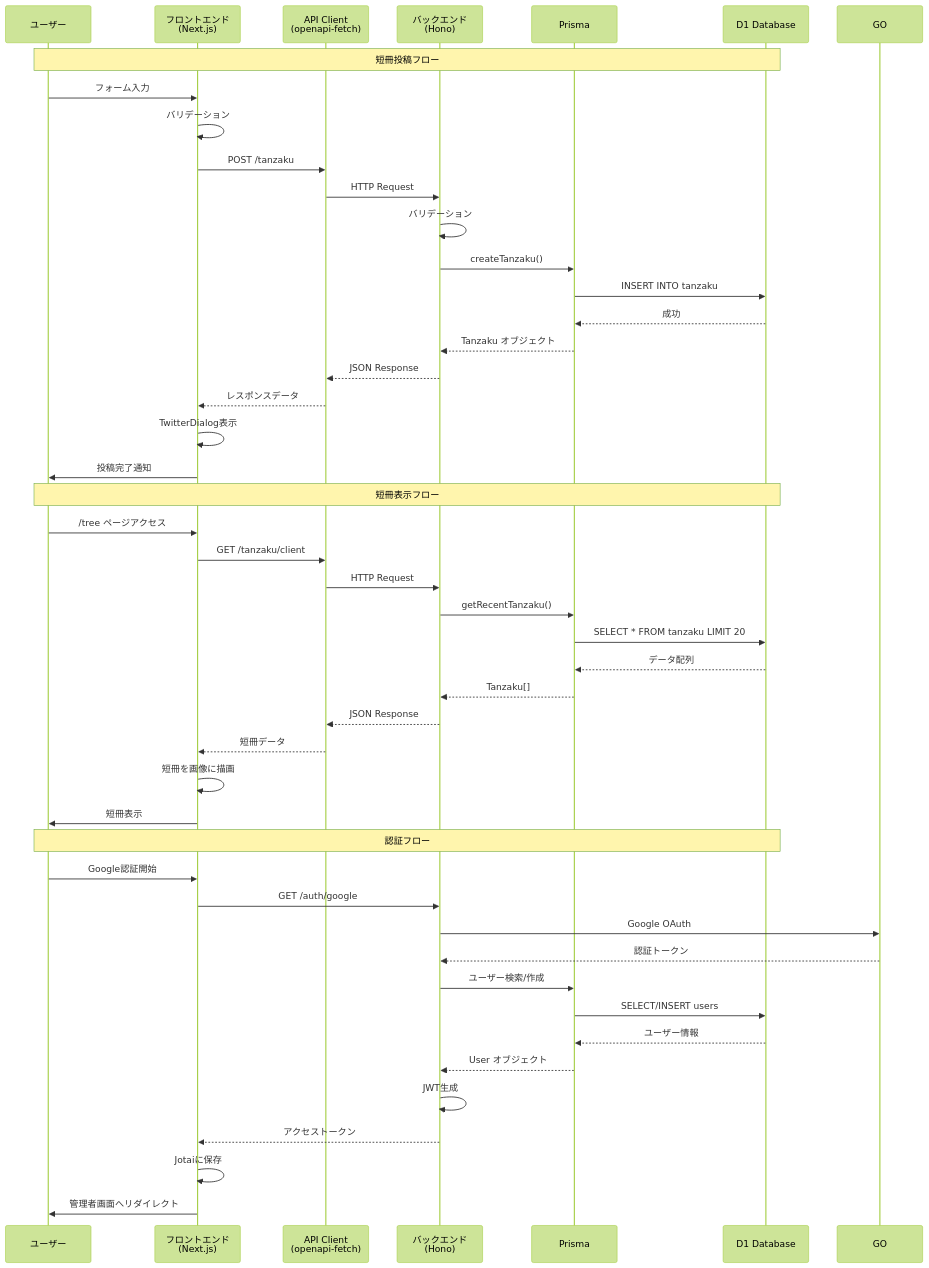
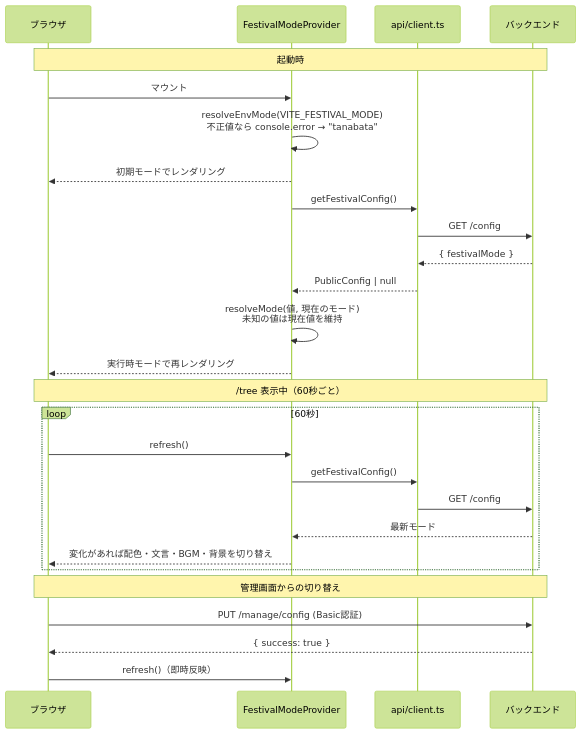
Before and after one commit to itl-marubu/tanzaku-frontend-v2: the third of 7 diagrams in architecture.md, drawn with Mermaid (forest theme). The commit also changed other lines of this file and 1 other file, not shown here.

First line of the commit message:
docs: READMEと構成図を現在のmain実装に合わせて更新

````diff
--- a/architecture.md
+++ b/architecture.md
@@ -263,51 +210,32 @@
 ```mermaid
 sequenceDiagram
-    participant U as ユーザー
-    participant F as フロントエンド<br/>(Next.js)
-    participant API as API Client<br/>(openapi-fetch)
-    participant B as バックエンド<br/>(Hono)
-    participant P as Prisma
-    participant D as D1 Database
+    participant B as ブラウザ
+    participant P as FestivalModeProvider
+    participant API as api/client.ts
+    participant S as バックエンド
 
-    Note over U,D: 短冊投稿フロー
-    U->>F: フォーム入力
-    F->>F: バリデーション
-    F->>API: POST /tanzaku
-    API->>B: HTTP Request
-    B->>B: バリデーション
-    B->>P: createTanzaku()
-    P->>D: INSERT INTO tanzaku
-    D-->>P: 成功
-    P-->>B: Tanzaku オブジェクト
-    B-->>API: JSON Response
-    API-->>F: レスポンスデータ
-    F->>F: TwitterDialog表示
-    F->>U: 投稿完了通知
+    Note over B,S: 起動時
+    B->>P: マウント
+    P->>P: resolveEnvMode(VITE_FESTIVAL_MODE)<br/>不正値なら console.error → "tanabata"
+    P-->>B: 初期モードでレンダリング
+    P->>API: getFestivalConfig()
+    API->>S: GET /config
+    S-->>API: { festivalMode }
+    API-->>P: PublicConfig | null
+    P->>P: resolveMode(値, 現在のモード)<br/>未知の値は現在値を維持
+    P-->>B: 実行時モードで再レンダリング
 
-    Note over U,D: 短冊表示フロー
-    U->>F: /tree ページアクセス
-    F->>API: GET /tanzaku/client
-    API->>B: HTTP Request
-    B->>P: getRecentTanzaku()
-    P->>D: SELECT * FROM tanzaku LIMIT 20
-    D-->>P: データ配列
-    P-->>B: Tanzaku[]
-    B-->>API: JSON Response
-    API-->>F: 短冊データ
-    F->>F: 短冊を画像に描画
-    F->>U: 短冊表示
+    Note over B,S: /tree 表示中（60秒ごと）
+    loop 60秒
+        B->>P: refresh()
+        P->>API: getFestivalConfig()
+        API->>S: GET /config
+        S-->>P: 最新モード
+        P-->>B: 変化があれば配色・文言・BGM・背景を切り替え
+    end
 
-    Note over U,D: 認証フロー
-    U->>F: Google認証開始
-    F->>B: GET /auth/google
-    B->>GO: Google OAuth
-    GO-->>B: 認証トークン
-    B->>P: ユーザー検索/作成
-    P->>D: SELECT/INSERT users
-    D-->>P: ユーザー情報
-    P-->>B: User オブジェクト
-    B->>B: JWT生成
-    B-->>F: アクセストークン
-    F->>F: Jotaiに保存
-    F->>U: 管理者画面へリダイレクト
+    Note over B,S: 管理画面からの切り替え
+    B->>S: PUT /manage/config (Basic認証)
+    S-->>B: { success: true }
+    B->>P: refresh()（即時反映）
 ```
````
